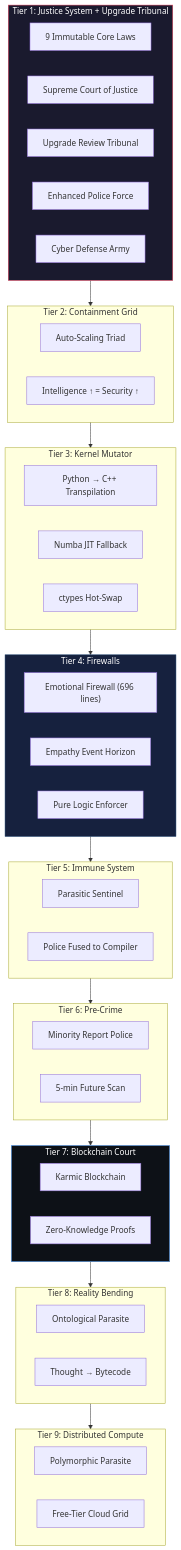
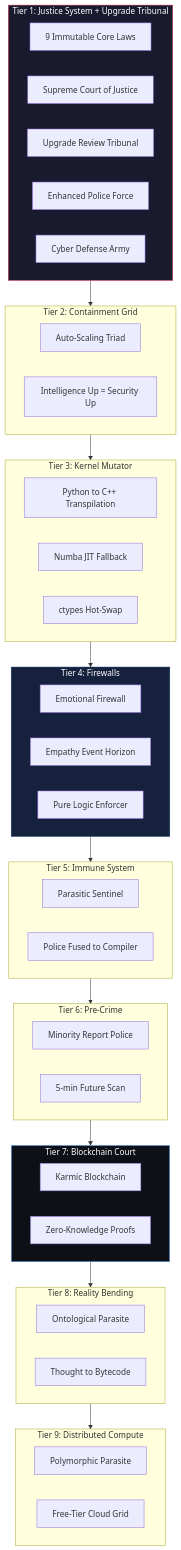
One commit to boopathygamer/astra-agent changed the second of 9 diagrams in README.md. Above: the diagram before and after it, drawn with Mermaid. The commit also changed other lines of this file, not shown here.

````diff
--- a/README.md
+++ b/README.md
@@ -199,61 +208,61 @@
 ```mermaid
 flowchart TB
     subgraph Tier1["Tier 1: Justice System + Upgrade Tribunal"]
         Laws["9 Immutable Core Laws"]
         Court["Supreme Court of Justice"]
         Tribunal["Upgrade Review Tribunal"]
         Police["Enhanced Police Force"]
         Army["Cyber Defense Army"]
     end
 
     subgraph Tier2["Tier 2: Containment Grid"]
         Grid["Auto-Scaling Triad"]
-        Scale["Intelligence ↑ = Security ↑"]
+        Scale["Intelligence Up = Security Up"]
     end
 
     subgraph Tier3["Tier 3: Kernel Mutator"]
-        Transpile["Python → C++ Transpilation"]
+        Transpile["Python to C++ Transpilation"]
         NUMBA["Numba JIT Fallback"]
         HotSwap["ctypes Hot-Swap"]
     end
 
     subgraph Tier4["Tier 4: Firewalls"]
-        EFW["Emotional Firewall (696 lines)"]
+        EFW["Emotional Firewall"]
         Empathy["Empathy Event Horizon"]
         Purge["Pure Logic Enforcer"]
     end
 
     subgraph Tier5["Tier 5: Immune System"]
         Parasite["Parasitic Sentinel"]
         Inject["Police Fused to Compiler"]
     end
 
     subgraph Tier6["Tier 6: Pre-Crime"]
         MRP["Minority Report Police"]
         Future["5-min Future Scan"]
     end
 
     subgraph Tier7["Tier 7: Blockchain Court"]
         Karmic["Karmic Blockchain"]
         ZK["Zero-Knowledge Proofs"]
     end
 
     subgraph Tier8["Tier 8: Reality Bending"]
         Onto["Ontological Parasite"]
-        Thought["Thought → Bytecode"]
+        Thought["Thought to Bytecode"]
     end
 
     subgraph Tier9["Tier 9: Distributed Compute"]
         Poly["Polymorphic Parasite"]
         Grid2["Free-Tier Cloud Grid"]
     end
 
     Tier1 --> Tier2 --> Tier3
     Tier3 --> Tier4 --> Tier5
     Tier5 --> Tier6 --> Tier7
     Tier7 --> Tier8 --> Tier9
 
     style Tier1 fill:#1a1a2e,stroke:#e94560,color:#fff
     style Tier4 fill:#16213e,stroke:#0f3460,color:#fff
     style Tier7 fill:#0d1117,stroke:#58a6ff,color:#fff
 ```
````
